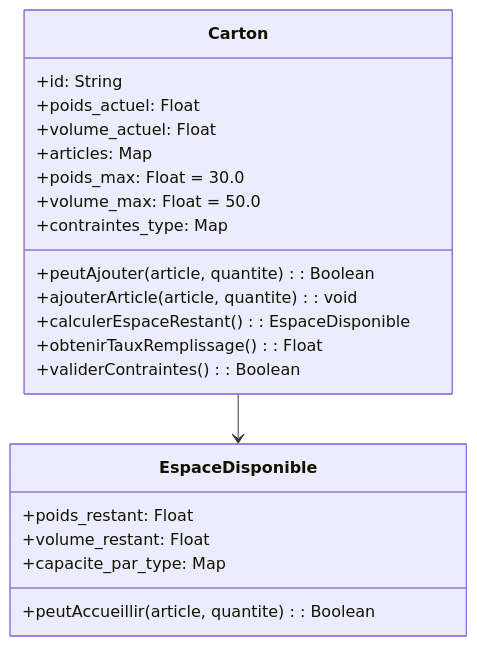
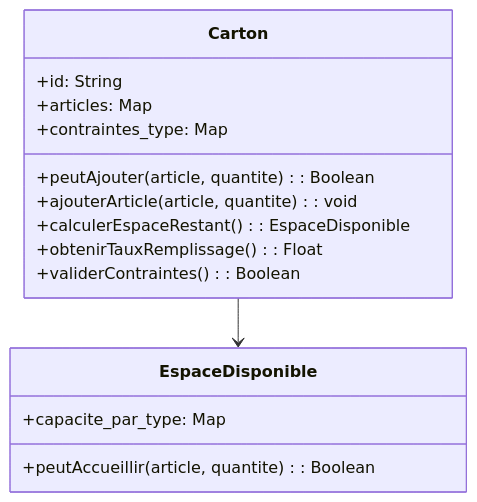
The fourth of 10 diagrams in algorithme_knapsack_modifie_criticite.md (Singularity-Institute/PTL-r-appro-), drawn with Mermaid before and after one commit. The commit also changed other lines of this file, not shown here.

````diff
--- a/algorithme_knapsack_modifie_criticite.md
+++ b/algorithme_knapsack_modifie_criticite.md
@@ -220,28 +220,22 @@
 ```mermaid
 classDiagram
     class Carton {
         +id: String
-        +poids_actuel: Float
-        +volume_actuel: Float
         +articles: Map<Type, Integer>
-        +poids_max: Float = 30.0
-        +volume_max: Float = 50.0
         +contraintes_type: Map<Type, Integer>
         
         +peutAjouter(article, quantite): Boolean
         +ajouterArticle(article, quantite): void
         +calculerEspaceRestant(): EspaceDisponible
         +obtenirTauxRemplissage(): Float
         +validerContraintes(): Boolean
     }
     
     class EspaceDisponible {
-        +poids_restant: Float
-        +volume_restant: Float
         +capacite_par_type: Map<Type, Integer>
         
         +peutAccueillir(article, quantite): Boolean
     }
     
     Carton --> EspaceDisponible
 ```
````
